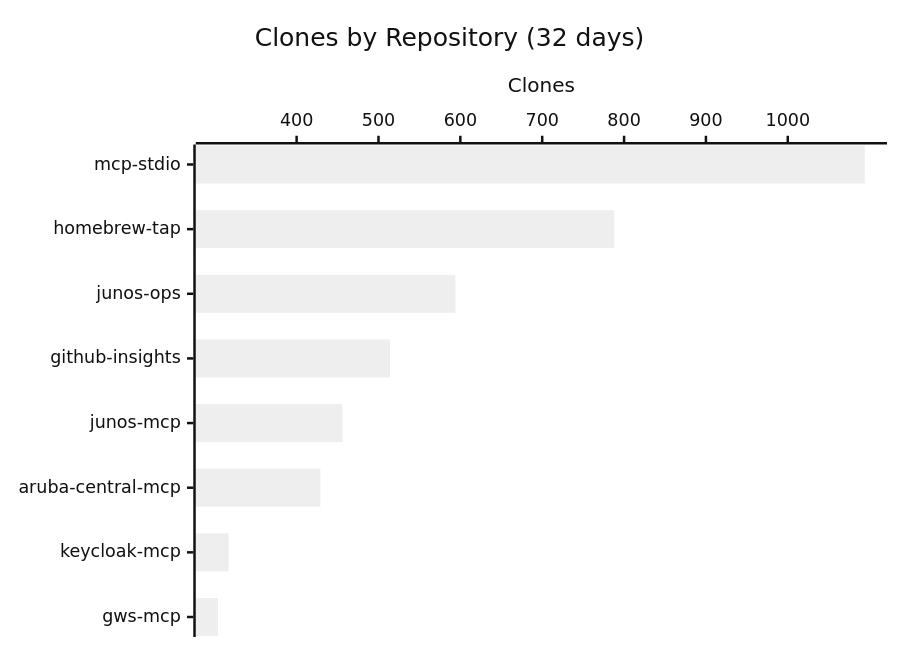
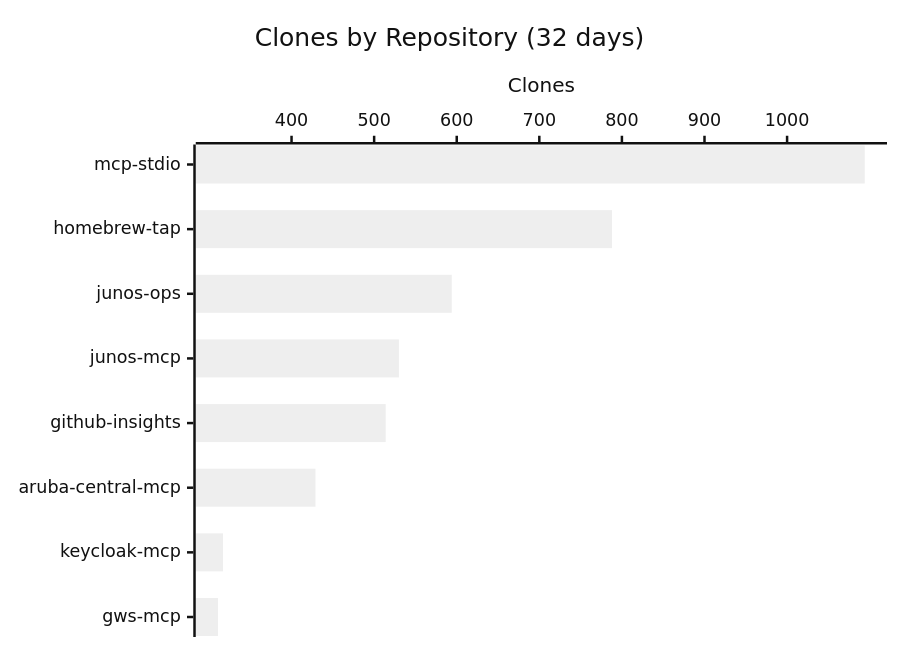
Before and after one commit to shigechika/github-insights: the third of 3 diagrams in README.md, drawn with Mermaid (neutral theme). The commit also changed other lines of this file and 2 other files, not shown here.

````diff
--- a/README.md
+++ b/README.md
@@ -34,7 +34,7 @@
 ```mermaid
 xychart-beta horizontal
     title "Clones by Repository (32 days)"
-    x-axis ["mcp-stdio", "homebrew-tap", "junos-ops", "github-insights", "junos-mcp", "aruba-central-mcp", "keycloak-mcp", "gws-mcp"]
+    x-axis ["mcp-stdio", "homebrew-tap", "junos-ops", "junos-mcp", "github-insights", "aruba-central-mcp", "keycloak-mcp", "gws-mcp"]
     y-axis "Clones"
-    bar [1094, 788, 594, 514, 456, 429, 317, 304]
+    bar [1094, 788, 594, 530, 514, 429, 317, 311]
 ```
````
